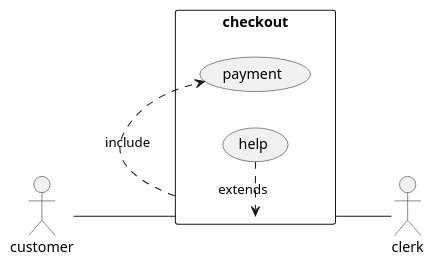
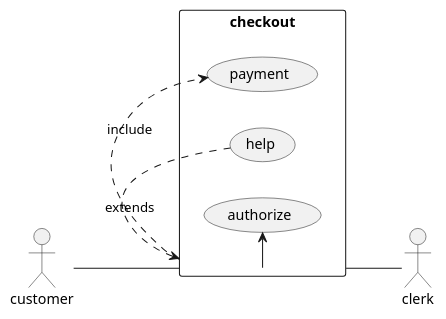
The diagram in usecase_01.puml (Shogun-1/conferences-arch), drawn with PlantUML before and after one commit.

Commit message:
some fixes

```diff
--- a/usecase_01.puml
+++ b/usecase_01.puml
@@ -1,12 +1,13 @@
 @startuml
 left to right direction
 skinparam packageStyle rect
 actor customer
 actor clerk
 rectangle checkout {
   customer -- (checkout)
   (checkout) .> (payment) : include
   (help) .> (checkout) : extends
+  (checkout) -> (authorize)
   (checkout) -- clerk
 }
 @enduml
```
